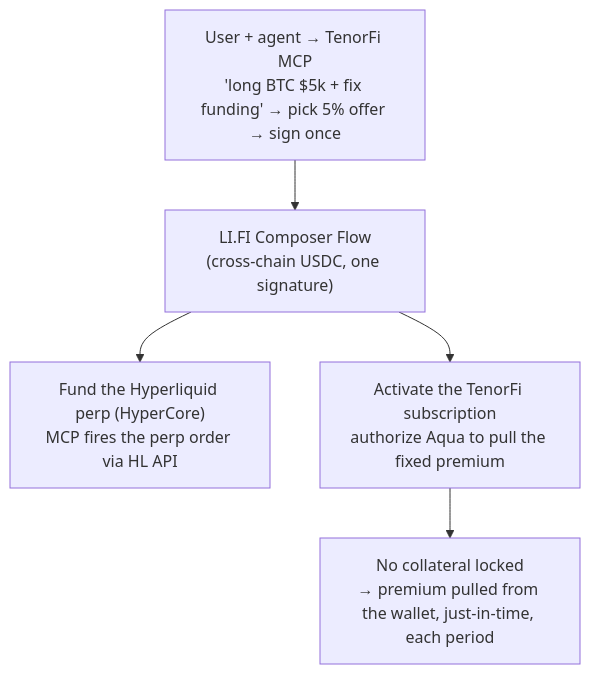
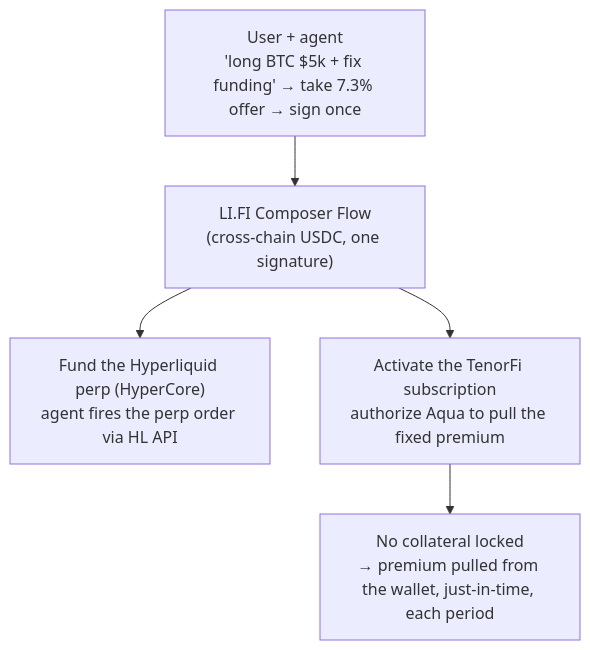
One commit to 0xYudhishthra/TenorFi changed the first of 3 diagrams in docs/flows.md. Above: the diagram before and after it, drawn with Mermaid. The commit also changed other lines of this file and 7 other files, not shown here.

````diff
--- a/docs/flows.md
+++ b/docs/flows.md
@@ -116,7 +115,7 @@
 ```mermaid
 flowchart TB
-    AGENT["User + agent → TenorFi MCP<br/>'long BTC $5k + fix funding' → pick 5% offer → sign once"] --> FLOW["LI.FI Composer Flow<br/>(cross-chain USDC, one signature)"]
-    FLOW --> HL["Fund the Hyperliquid perp (HyperCore)<br/>MCP fires the perp order via HL API"]
+    AGENT["User + agent<br/>'long BTC $5k + fix funding' → take 7.3% offer → sign once"] --> FLOW["LI.FI Composer Flow<br/>(cross-chain USDC, one signature)"]
+    FLOW --> HL["Fund the Hyperliquid perp (HyperCore)<br/>agent fires the perp order via HL API"]
     FLOW --> TENORFI["Activate the TenorFi subscription<br/>authorize Aqua to pull the fixed premium"]
     TENORFI --> WALLET["No collateral locked<br/>→ premium pulled from the wallet, just-in-time, each period"]
 ```
````
